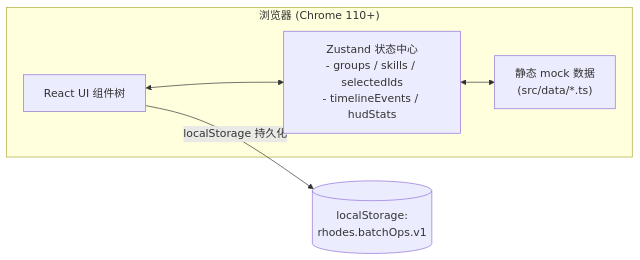
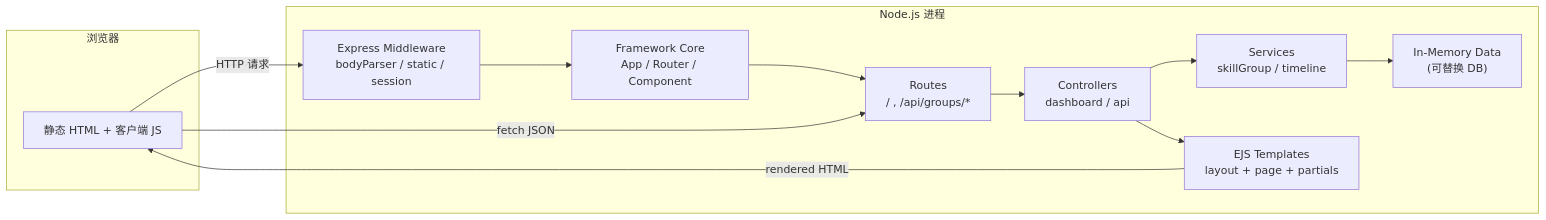
Before and after one commit to woshiabc55/AE: the diagram in .trae/documents/Technical-Architecture.md, drawn with Mermaid. The commit also changed other lines of this file and 57 other files, not shown here.

````diff
--- a/.trae/documents/Technical-Architecture.md
+++ b/.trae/documents/Technical-Architecture.md
@@ -7,11 +7,21 @@
 ```mermaid
 flowchart LR
-    subgraph Browser["浏览器 (Chrome 110+)"]
-        UI["React UI 组件树"]
-        Store["Zustand 状态中心<br/>- groups / skills / selectedIds<br/>- timelineEvents / hudStats"]
-        Mocks["静态 mock 数据<br/>(src/data/*.ts)"]
+    subgraph Browser["浏览器"]
+        UI["静态 HTML + 客户端 JS"]
     end
-    UI <--> Store
-    Store <--> Mocks
-    UI -->|"localStorage 持久化"| LS[("localStorage:<br/>rhodes.batchOps.v1")]
+    subgraph Node["Node.js 进程"]
+        FW["Framework Core<br/>App / Router / Component"]
+        MW["Express Middleware<br/>bodyParser / static / session"]
+        Routes["Routes<br/>/ , /api/groups/*"]
+        Controllers["Controllers<br/>dashboard / api"]
+        Services["Services<br/>skillGroup / timeline"]
+        Data["In-Memory Data<br/>(可替换 DB)"]
+        Views["EJS Templates<br/>layout + page + partials"]
+    end
+    UI -->|"HTTP 请求"| MW
+    MW --> FW
+    FW --> Routes --> Controllers --> Services --> Data
+    Controllers --> Views
+    Views -->|"rendered HTML"| UI
+    UI -->|"fetch JSON"| Routes
 ```
````
